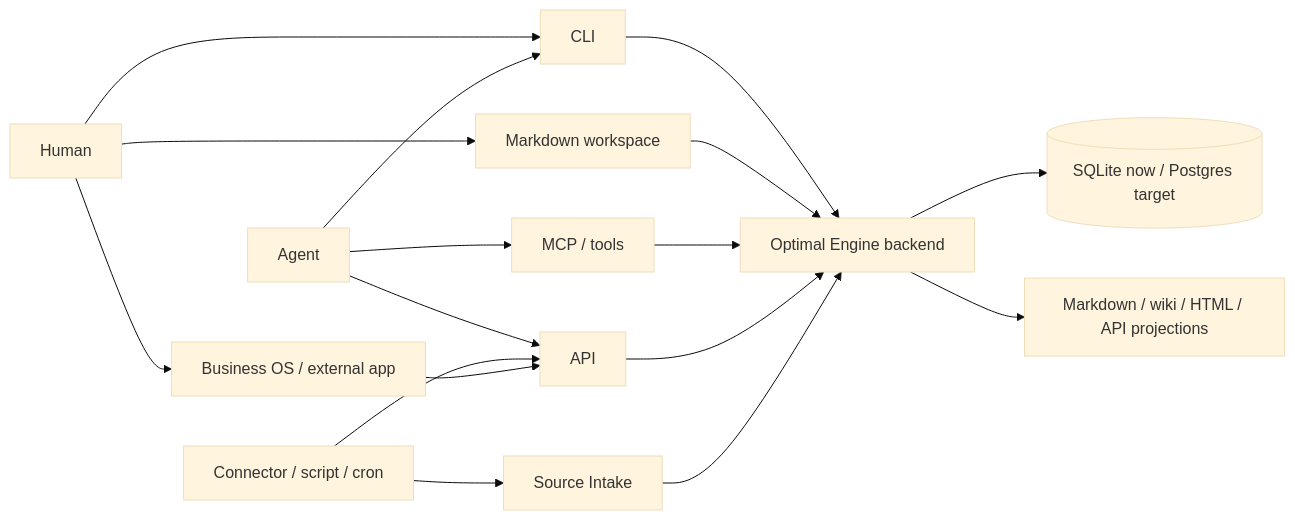
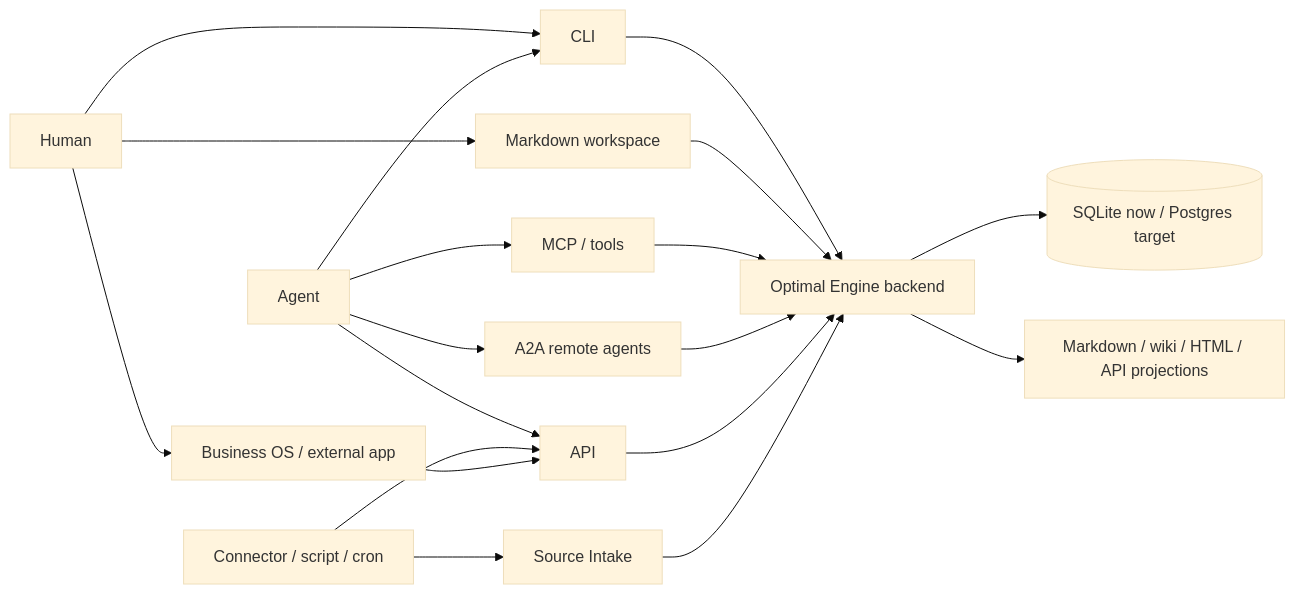
The first of 4 diagrams in docs/ROADMAP.md (Miosa-osa/OptimalEngine), drawn with Mermaid (base theme) before and after one commit. The commit also changed other lines of this file and 16 other files, not shown here.

````diff
--- a/docs/ROADMAP.md
+++ b/docs/ROADMAP.md
@@ -30,23 +31,25 @@
 ```mermaid
 flowchart LR
   Human[Human] --> CLI[CLI]
   Human --> Markdown[Markdown workspace]
   Human --> BusinessOS[Business OS / external app]
 
   Agent[Agent] --> MCP[MCP / tools]
   Agent --> API[API]
   Agent --> CLI
+  Agent --> A2A[A2A remote agents]
 
   Connector[Connector / script / cron] --> API
   Connector --> Intake[Source Intake]
 
   CLI --> Engine[Optimal Engine backend]
   Markdown --> Engine
   BusinessOS --> API
   MCP --> Engine
+  A2A --> Engine
   API --> Engine
   Intake --> Engine
 
   Engine --> Store[(SQLite now / Postgres target)]
   Engine --> Export[Markdown / wiki / HTML / API projections]
 ```
````
